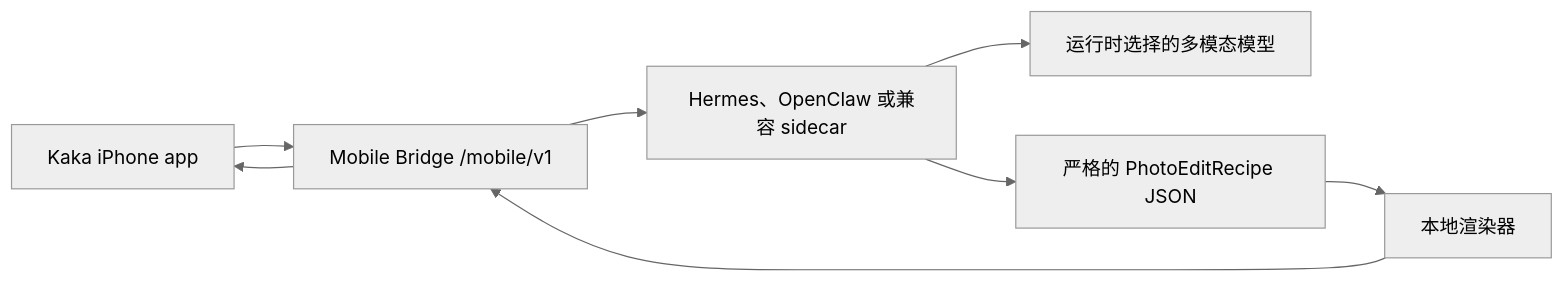
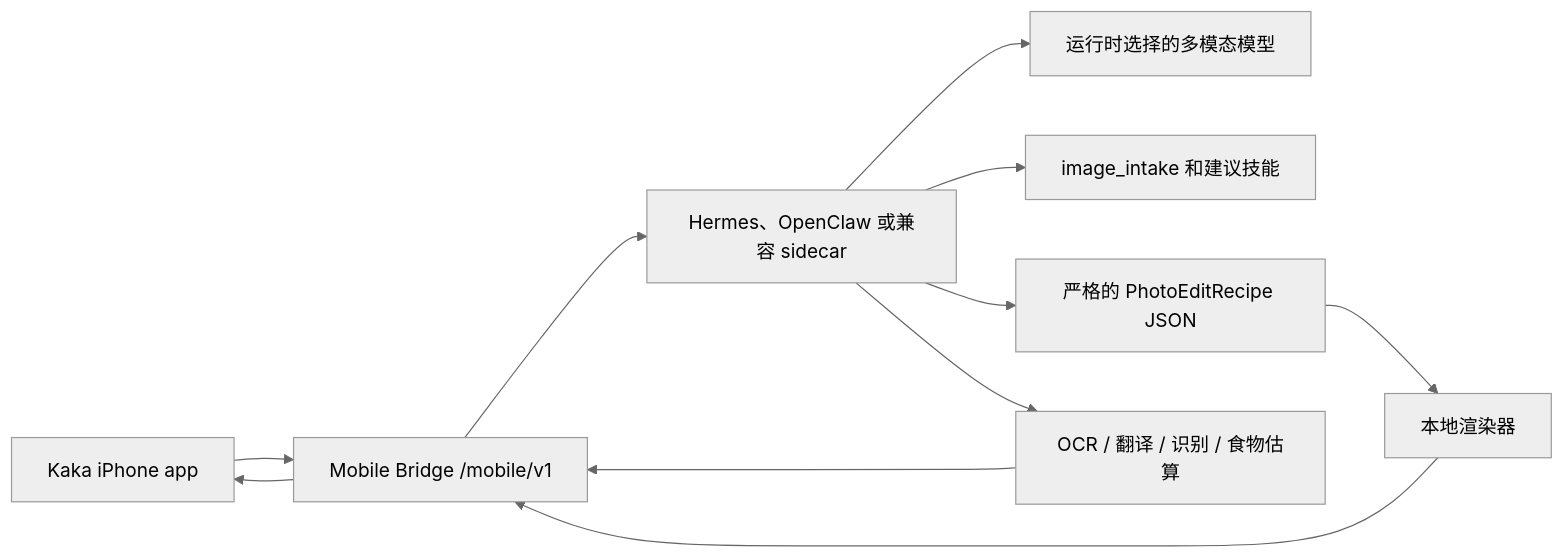
The diagram in README.zh-CN.md (MightyKartz/kaka), drawn with Mermaid (neutral theme) before and after one commit. The commit also changed other lines of this file and 107 other files, not shown here.

Commit message:
Evolve Kaka pocket agent image intake

````diff
--- a/README.zh-CN.md
+++ b/README.zh-CN.md
@@ -38,10 +41,13 @@
 ```mermaid
 flowchart LR
   Phone["Kaka iPhone app"] --> Bridge["Mobile Bridge /mobile/v1"]
   Bridge --> Runtime["Hermes、OpenClaw 或兼容 sidecar"]
   Runtime --> Model["运行时选择的多模态模型"]
+  Runtime --> Intake["image_intake 和建议技能"]
   Runtime --> Recipe["严格的 PhotoEditRecipe JSON"]
+  Runtime --> Vision["OCR / 翻译 / 识别 / 食物估算"]
   Recipe --> Renderer["本地渲染器"]
   Renderer --> Bridge
+  Vision --> Bridge
   Bridge --> Phone
 ```
````
